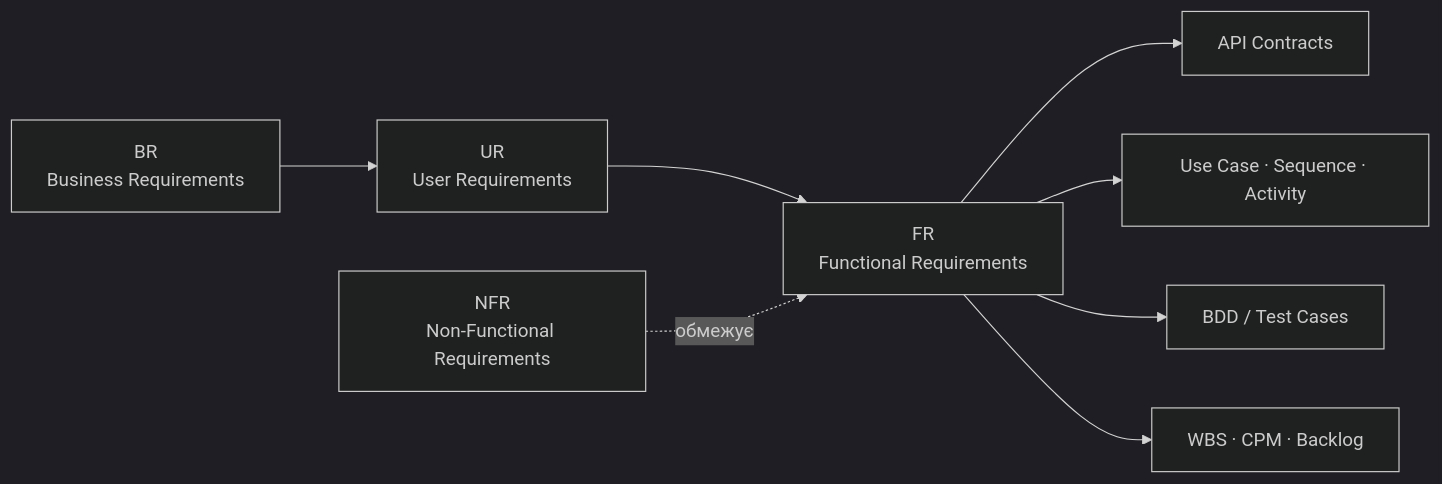
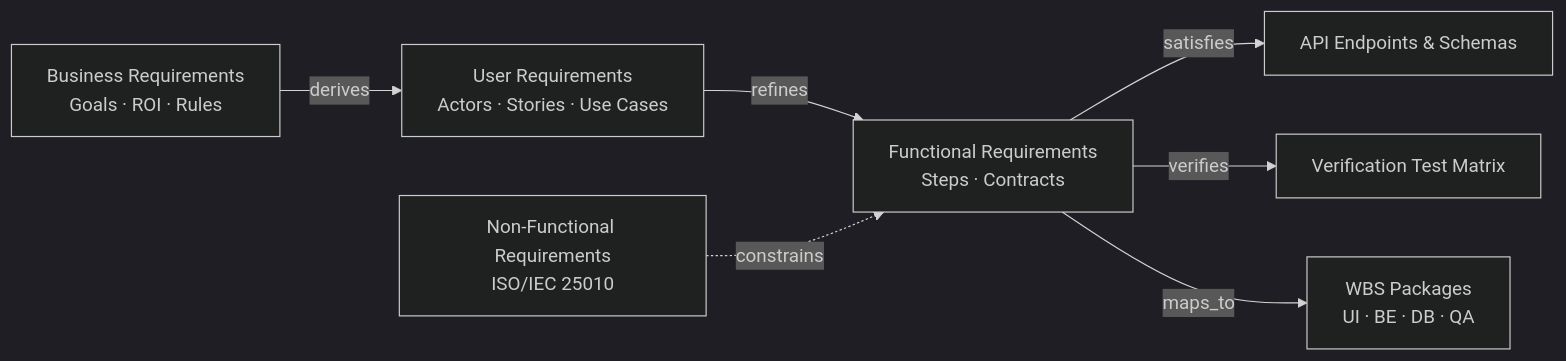
The second of 4 diagrams in docs/proposal.md (Vlad8800/F2-diploma-project), drawn with Mermaid (dark theme) before and after one commit. The commit also changed other lines of this file, not shown here.

````diff
--- a/docs/proposal.md
+++ b/docs/proposal.md
@@ -109,10 +106,9 @@
 ```mermaid
 flowchart LR
-    BR["BR<br/>Business Requirements"] --> UR["UR<br/>User Requirements"]
-    UR --> FR["FR<br/>Functional Requirements"]
-    NFR["NFR<br/>Non-Functional Requirements"] -. обмежує .-> FR
-    FR --> API["API Contracts"]
-    FR --> DIA["Use Case · Sequence · Activity"]
-    FR --> QA["BDD / Test Cases"]
-    FR --> WBS["WBS · CPM · Backlog"]
+  BR["Business Requirements<br/>Goals · ROI · Rules"] -->|derives| UR["User Requirements<br/>Actors · Stories · Use Cases"]
+  UR -->|refines| FR["Functional Requirements<br/>Steps · Contracts"]
+  NFR["Non-Functional Requirements<br/>ISO/IEC 25010"] -. constrains .-> FR
+  FR -->|satisfies| API["API Endpoints & Schemas"]
+  FR -->|verifies| QA["Verification Test Matrix"]
+  FR -->|maps_to| WBS["WBS Packages<br/>UI · BE · DB · QA"]
 ```
````
